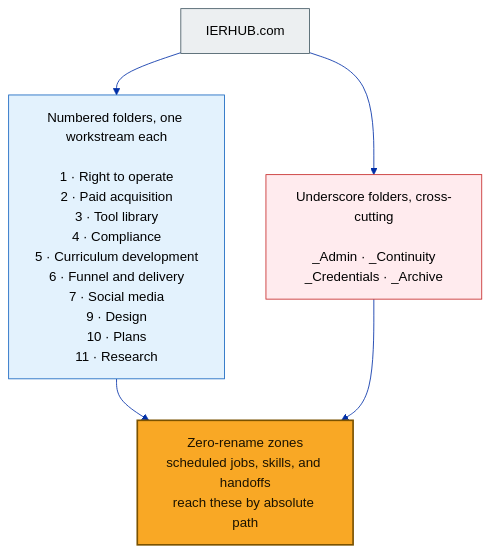
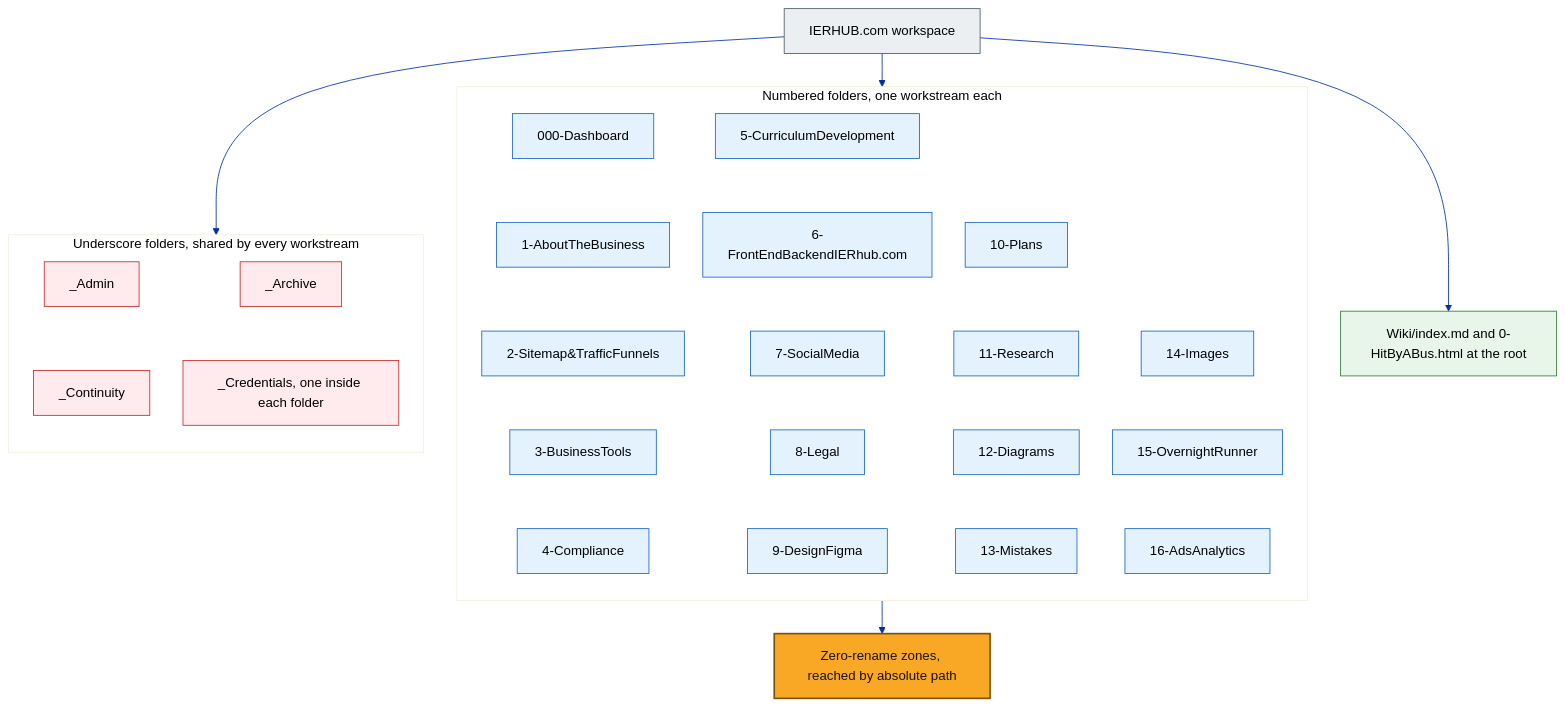
One commit to mmentzerhernandez/global_experience changed the diagram in diagrams/op-folders.mmd. Above: the diagram before and after it, drawn with Mermaid. The commit also changed 30 other files, not shown here.

```diff
--- a/diagrams/op-folders.mmd
+++ b/diagrams/op-folders.mmd
@@ -1,29 +1,65 @@
 ---
 config:
   theme: base
   themeVariables:
     primaryColor: "#f0f3ff"
     primaryBorderColor: "#002fa7"
     primaryTextColor: "#2c3e50"
     lineColor: "#002fa7"
     fontFamily: "-apple-system,BlinkMacSystemFont,Segoe UI,Roboto,sans-serif"
+  flowchart:
+    htmlLabels: false
+    nodeSpacing: 40
+    rankSpacing: 40
 ---
 flowchart TD
-    ROOT["IERHUB.com"]:::people
+    ROOT["IERHUB.com workspace"]:::people
 
-    NUM["Numbered folders, one workstream each<br/><br/>1 · Right to operate<br/>2 · Paid acquisition<br/>3 · Tool library<br/>4 · Compliance<br/>5 · Curriculum development<br/>6 · Funnel and delivery<br/>7 · Social media<br/>9 · Design<br/>10 · Plans<br/>11 · Research"]:::access
+    subgraph NUM["Numbered folders, one workstream each"]
+        direction TB
+        F000["000-Dashboard"]:::access
+        F1["1-AboutTheBusiness"]:::access
+        F2["2-Sitemap&TrafficFunnels"]:::access
+        F3["3-BusinessTools"]:::access
+        F4["4-Compliance"]:::access
+        F5["5-CurriculumDevelopment"]:::access
+        F6["6-FrontEndBackendIERhub.com"]:::access
+        F7["7-SocialMedia"]:::access
+        F8["8-Legal"]:::access
+        F9["9-DesignFigma"]:::access
+        F10["10-Plans"]:::access
+        F11["11-Research"]:::access
+        F12["12-Diagrams"]:::access
+        F13["13-Mistakes"]:::access
+        F14["14-Images"]:::access
+        F15["15-OvernightRunner"]:::access
+        F16["16-AdsAnalytics"]:::access
+        F000 ~~~ F1 ~~~ F2 ~~~ F3 ~~~ F4
+        F5 ~~~ F6 ~~~ F7 ~~~ F8 ~~~ F9
+        F10 ~~~ F11 ~~~ F12 ~~~ F13
+        F14 ~~~ F15 ~~~ F16
+    end
 
-    UND["Underscore folders, cross-cutting<br/><br/>_Admin · _Continuity<br/>_Credentials · _Archive"]:::report
+    subgraph UND["Underscore folders, shared by every workstream"]
+        direction TB
+        UA["_Admin"]:::report
+        UC["_Continuity"]:::report
+        UX["_Archive"]:::report
+        UK["_Credentials, one inside each folder"]:::report
+        UA ~~~ UC
+        UX ~~~ UK
+    end
 
-
-    ZERO["Zero-rename zones<br/>scheduled jobs, skills, and handoffs<br/>reach these by absolute path"]:::gate
+    WIKI["Wiki/index.md and 0-HitByABus.html at the root"]:::course
+    ZERO["Zero-rename zones, reached by absolute path"]:::gate
 
     ROOT --> NUM
     ROOT --> UND
+    ROOT --> WIKI
     NUM --> ZERO
-    UND --> ZERO
 
     classDef people fill:#ECEFF1,stroke:#455A64,color:#000000
     classDef access fill:#E3F2FD,stroke:#1565C0,color:#000000
+    classDef course fill:#E8F5E9,stroke:#2E7D32,color:#000000
     classDef report fill:#FFEBEE,stroke:#C62828,color:#000000
     classDef gate fill:#F9A825,stroke:#7A5200,color:#1A1200,stroke-width:2px
```
